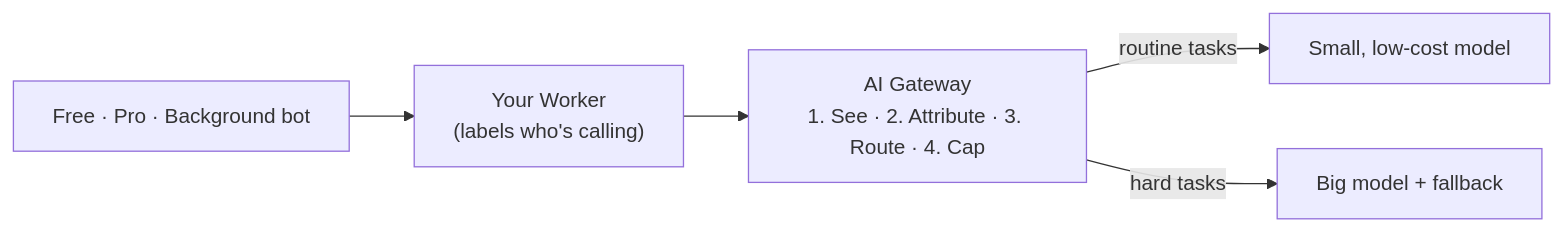
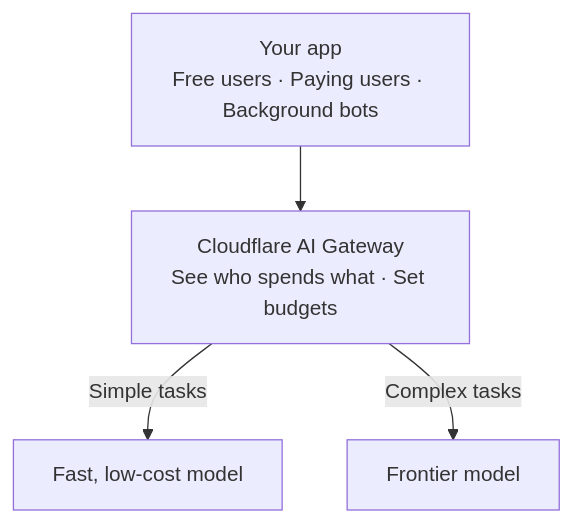
Before and after one commit to agentschools/cfdev.school: the diagram in courses/projects/see-and-control-ai-spend/COURSE.md, drawn with Mermaid. The commit also changed other lines of this file and 2 other files, not shown here.

Commit message:
docs: tighten See and control AI spend intro and diagram

````diff
--- a/courses/projects/see-and-control-ai-spend/COURSE.md
+++ b/courses/projects/see-and-control-ai-spend/COURSE.md
@@ -15,7 +15,6 @@
 ```mermaid
-flowchart LR
-  Callers["Free · Pro · Background bot"] --> Worker["Your Worker\n(labels who's calling)"]
-  Worker --> Gateway["AI Gateway\n1. See · 2. Attribute · 3. Route · 4. Cap"]
-  Gateway -->|"routine tasks"| Small["Small, low-cost model"]
-  Gateway -->|"hard tasks"| Big["Big model + fallback"]
+flowchart TD
+  App["Your app\nFree users · Paying users · Background bots"] --> Gateway["Cloudflare AI Gateway\nSee who spends what · Set budgets"]
+  Gateway -->|"Simple tasks"| Cheap["Fast, low-cost model"]
+  Gateway -->|"Complex tasks"| Capable["Frontier model"]
 ```
````
